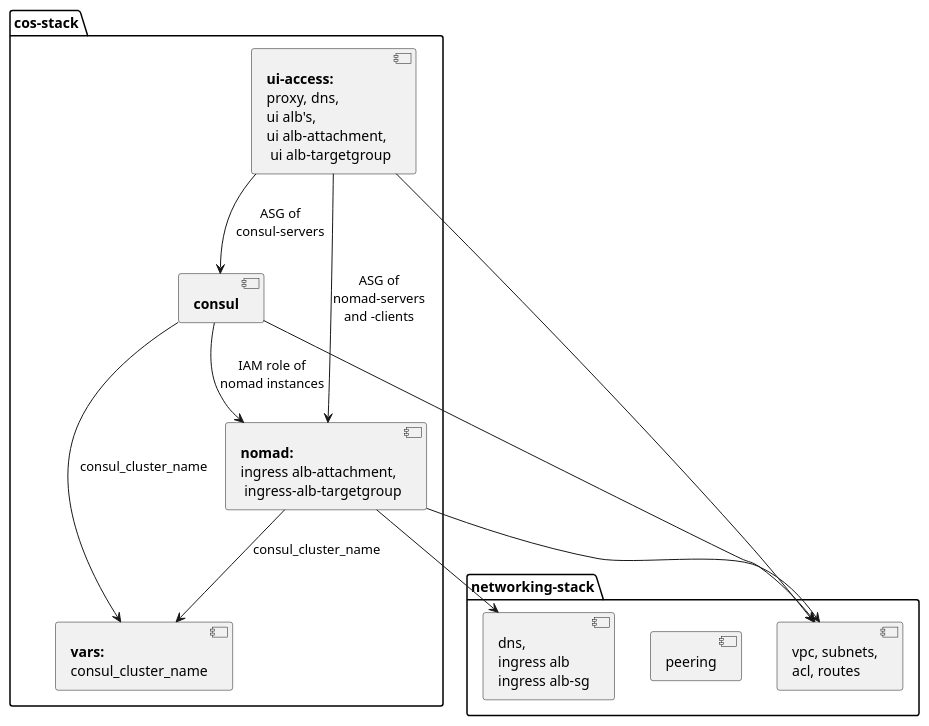
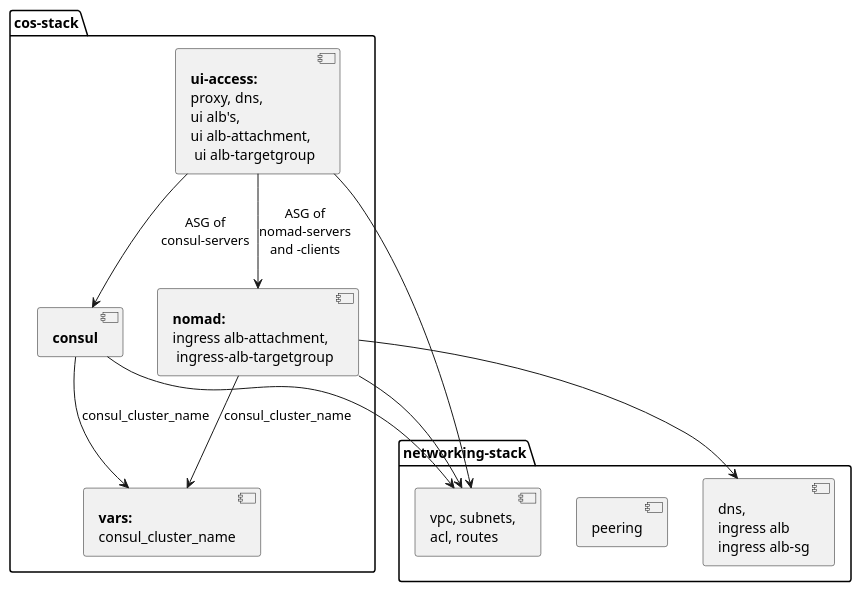
Before and after one commit to MatthiasScholz/cos: the diagram in _docs/module-dependencies.plantuml, drawn with PlantUML. The commit also changed 5 other files, not shown here.

Commit message:
.UPDATE removed needless dependency to nomad IAM-role

```diff
--- a/_docs/module-dependencies.plantuml
+++ b/_docs/module-dependencies.plantuml
@@ -1,26 +1,25 @@
 @startuml
 
 package "networking-stack"{
   [vpc, subnets,\nacl, routes] as BNW
   [peering]
   [dns,\ningress alb\ningress alb-sg] as INGR
 }
 
 package "cos-stack"{
   [**consul**] as CS
   [**ui-access:**\nproxy, dns,\nui alb's,\nui alb-attachment,\n ui alb-targetgroup] as UI
   [**nomad:**\ningress alb-attachment,\n ingress-alb-targetgroup] as NM
   [**vars:**\nconsul_cluster_name] as VARS
 }
 
 NM --> BNW
 NM --> INGR
 CS --> BNW
 UI --> BNW
 UI --> NM: ASG of\nnomad-servers\nand -clients
 UI --> CS: ASG of\nconsul-servers
-CS --> NM: IAM role of\nnomad instances
 CS --> VARS: consul_cluster_name
 NM --> VARS: consul_cluster_name
 
 @enduml
```
